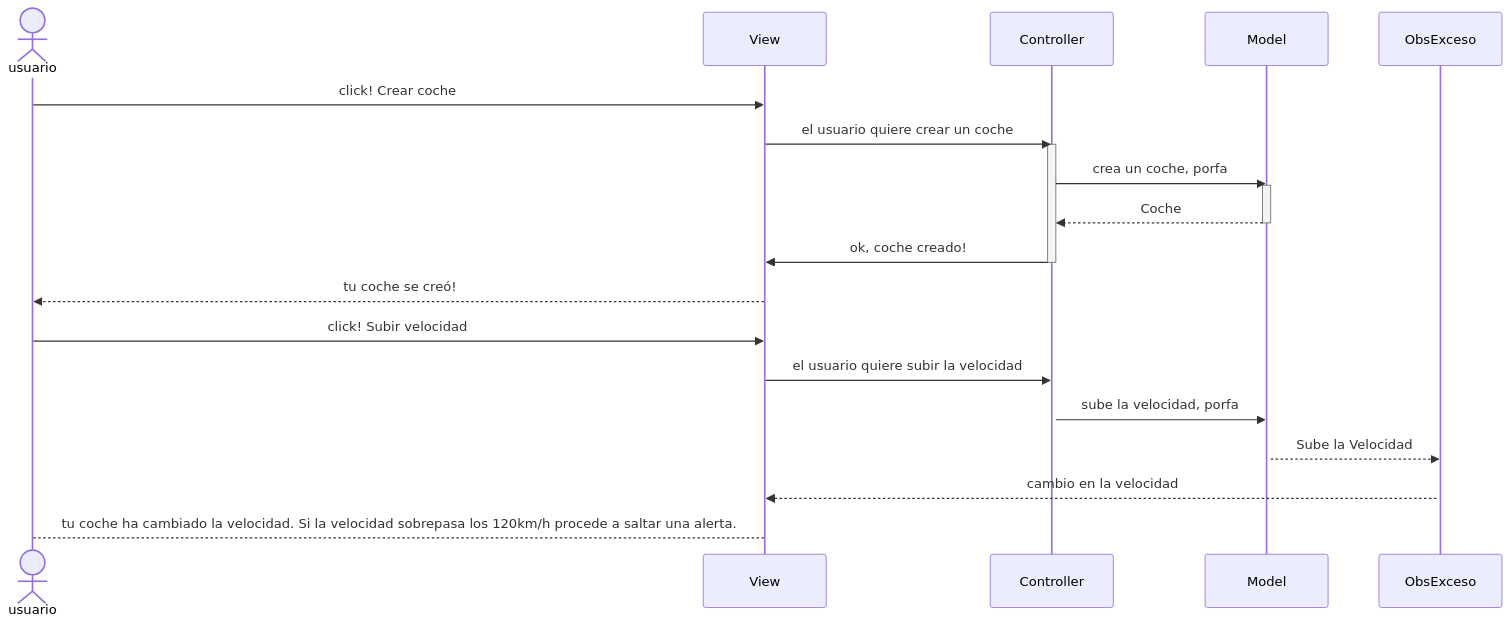
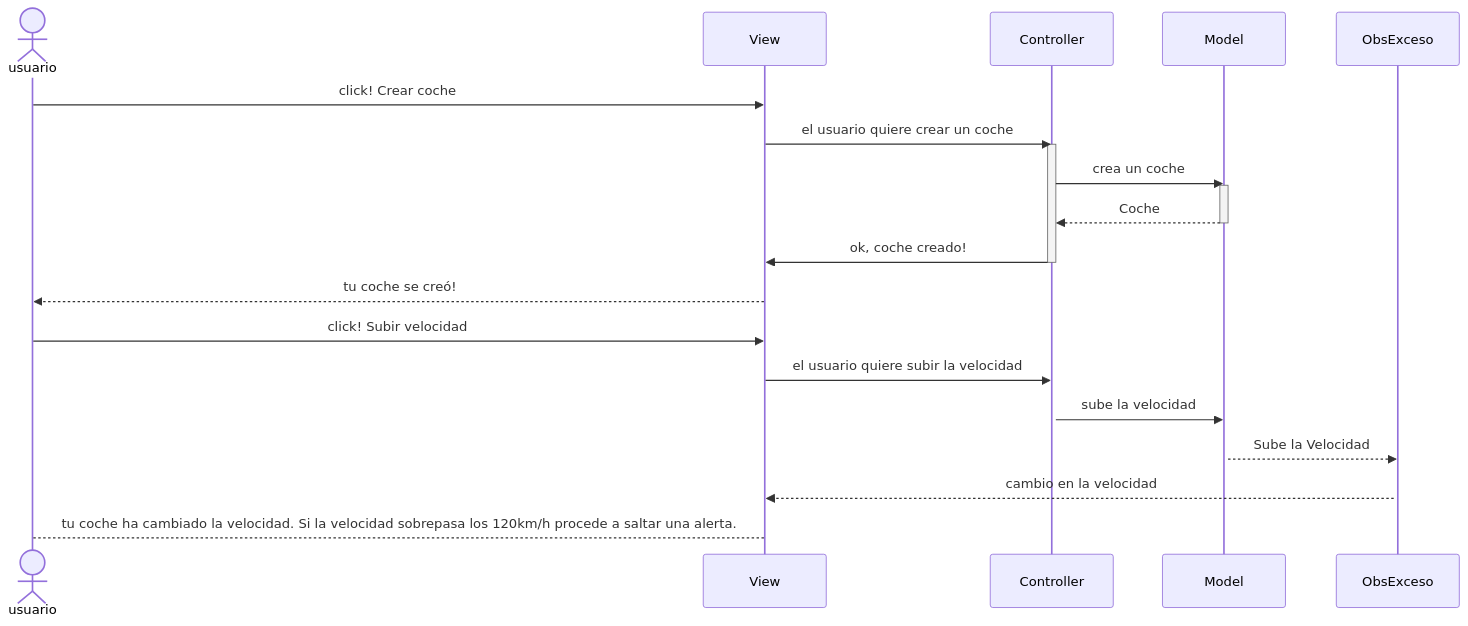
Before and after one commit to damiancastelao/MVC_coches_solucion: the fourth of 4 diagrams in Readme.md, drawn with Mermaid.

````diff
--- a/Readme.md
+++ b/Readme.md
@@ -111,28 +111,28 @@
 ```mermaid
 sequenceDiagram
 actor usuario
 participant View
 participant Controller
 participant Model
 participant ObsExceso
 
     usuario->>View: click! Crear coche
     View->>Controller: el usuario quiere crear un coche
     activate Controller
-    Controller->>Model: crea un coche, porfa
+    Controller->>Model: crea un coche
     activate Model
     Model-->>Controller: Coche
     deactivate Model
     Controller->>View: ok, coche creado!
     deactivate Controller
     View-->>usuario: tu coche se creó!
     usuario->>View: click! Subir velocidad
     View->>Controller: el usuario quiere subir la velocidad
     activate Controller
-    Controller->>Model: sube la velocidad, porfa
+    Controller->>Model: sube la velocidad
     activate Model
     Model-->>ObsExceso: Sube la Velocidad
     activate ObsExceso
     ObsExceso-->>View: cambio en la velocidad
     View-->usuario: tu coche ha cambiado la velocidad. Si la velocidad sobrepasa los 120km/h procede a saltar una alerta.
 ```
````
